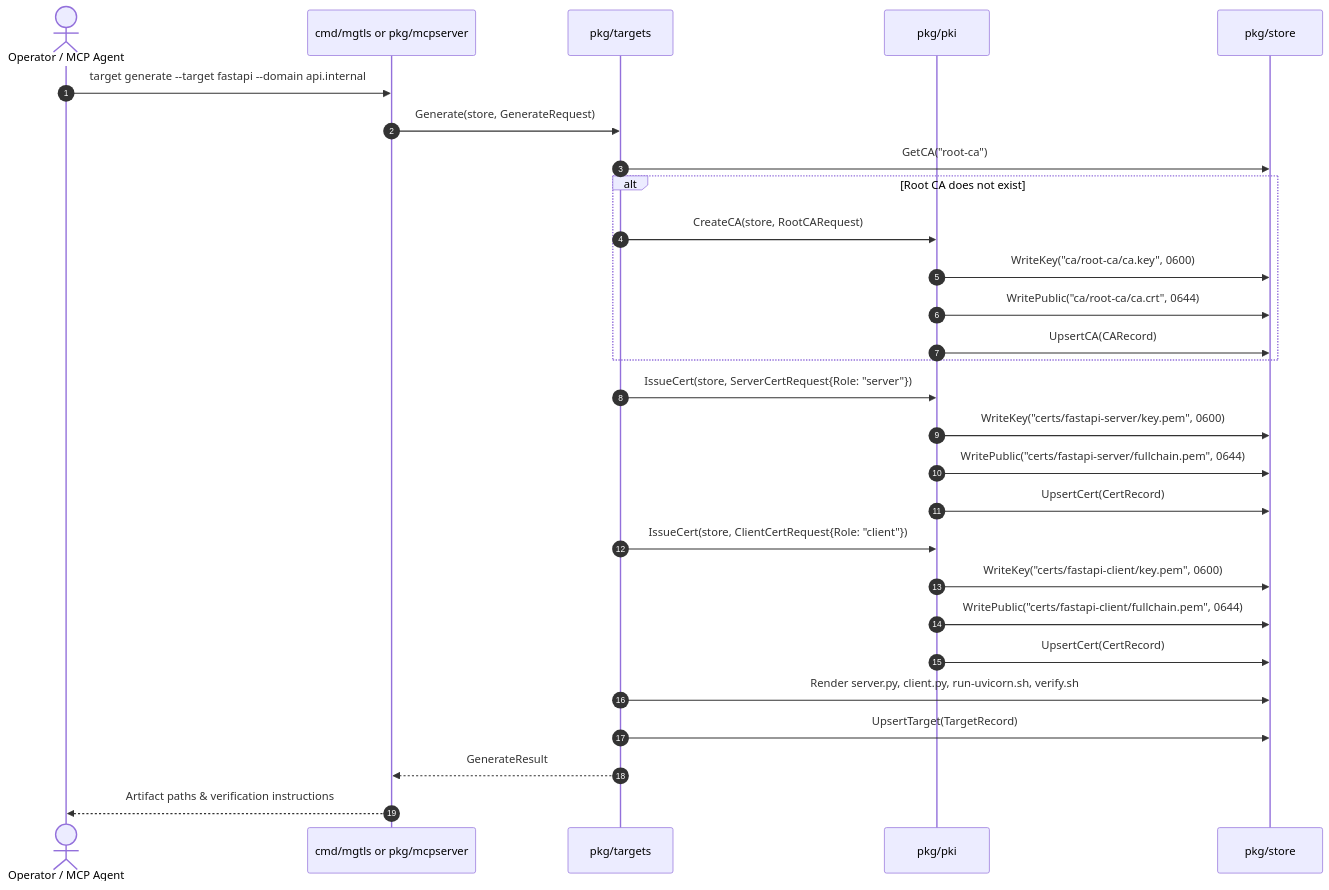
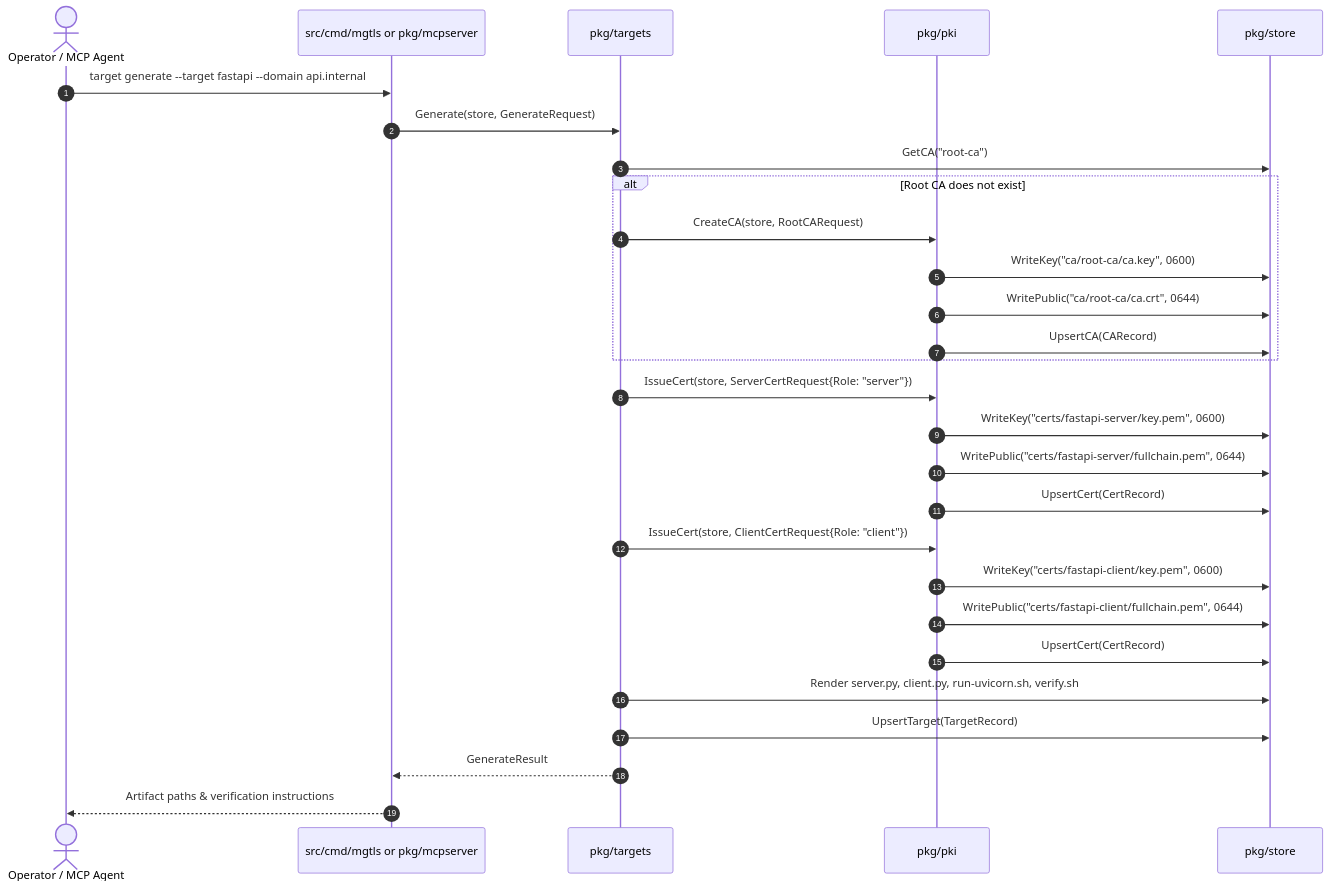
The second of 3 diagrams in docs/architecture/SYSTEM_ARCHITECTURE.md (bsommers/mgtls), drawn with Mermaid before and after one commit. The commit also changed other lines of this file and 76 other files, not shown here.

````diff
--- a/docs/architecture/SYSTEM_ARCHITECTURE.md
+++ b/docs/architecture/SYSTEM_ARCHITECTURE.md
@@ -104,31 +104,31 @@
 ```mermaid
 sequenceDiagram
     autonumber
     actor Operator as Operator / MCP Agent
-    participant CLI as cmd/mgtls or pkg/mcpserver
+    participant CLI as src/cmd/mgtls or pkg/mcpserver
     participant Target as pkg/targets
     participant PKI as pkg/pki
     participant Store as pkg/store
 
     Operator->>CLI: target generate --target fastapi --domain api.internal
     CLI->>Target: Generate(store, GenerateRequest)
     Target->>Store: GetCA("root-ca")
     alt Root CA does not exist
         Target->>PKI: CreateCA(store, RootCARequest)
         PKI->>Store: WriteKey("ca/root-ca/ca.key", 0600)
         PKI->>Store: WritePublic("ca/root-ca/ca.crt", 0644)
         PKI->>Store: UpsertCA(CARecord)
     end
     Target->>PKI: IssueCert(store, ServerCertRequest{Role: "server"})
     PKI->>Store: WriteKey("certs/fastapi-server/key.pem", 0600)
     PKI->>Store: WritePublic("certs/fastapi-server/fullchain.pem", 0644)
     PKI->>Store: UpsertCert(CertRecord)
     Target->>PKI: IssueCert(store, ClientCertRequest{Role: "client"})
     PKI->>Store: WriteKey("certs/fastapi-client/key.pem", 0600)
     PKI->>Store: WritePublic("certs/fastapi-client/fullchain.pem", 0644)
     PKI->>Store: UpsertCert(CertRecord)
     Target->>Store: Render server.py, client.py, run-uvicorn.sh, verify.sh
     Target->>Store: UpsertTarget(TargetRecord)
     Target-->>CLI: GenerateResult
     CLI-->>Operator: Artifact paths & verification instructions
 ```
````
